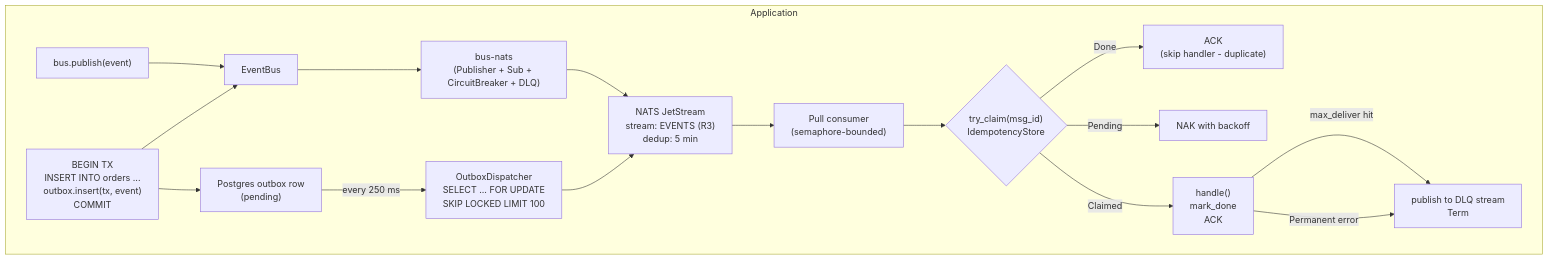
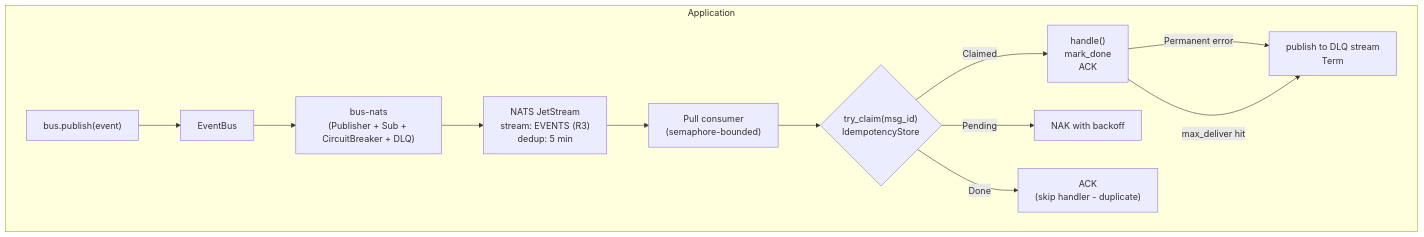
The diagram in README.md (scriptkid23/eventbus-rs), drawn with Mermaid before and after one commit. The commit also changed other lines of this file, not shown here.

First line of the commit message:
slim: rewrite README for event-transport-only positioning

````diff
--- a/README.md
+++ b/README.md
@@ -429,33 +365,26 @@
 ```mermaid
 flowchart TD
     subgraph application["Application"]
         publish["bus.publish(event)"]
-        tx["BEGIN TX<br/>INSERT INTO orders ...<br/>outbox.insert(tx, event)<br/>COMMIT"]
         event_bus["EventBus"]
-        postgres_outbox["Postgres outbox row<br/>(pending)"]
         bus_nats["bus-nats<br/>(Publisher + Sub + CircuitBreaker + DLQ)"]
-        dispatcher["OutboxDispatcher<br/>SELECT ... FOR UPDATE<br/>SKIP LOCKED LIMIT 100"]
         jetstream["NATS JetStream<br/>stream: EVENTS (R3)<br/>dedup: 5 min"]
         pull_consumer["Pull consumer<br/>(semaphore-bounded)"]
         idempotency{"try_claim(msg_id)<br/>IdempotencyStore"}
         handler["handle()<br/>mark_done<br/>ACK"]
         retry["NAK with backoff"]
         duplicate["ACK<br/>(skip handler - duplicate)"]
         dlq["publish to DLQ stream<br/>Term"]
 
         publish --> event_bus
-        tx --> postgres_outbox
-        tx --> event_bus
         event_bus --> bus_nats
-        postgres_outbox -->|"every 250 ms"| dispatcher
-        dispatcher --> jetstream
         bus_nats --> jetstream
         jetstream --> pull_consumer
         pull_consumer --> idempotency
         idempotency -->|"Claimed"| handler
         idempotency -->|"Pending"| retry
         idempotency -->|"Done"| duplicate
         handler -->|"Permanent error"| dlq
         handler -->|"max_deliver hit"| dlq
     end
 ```
````
